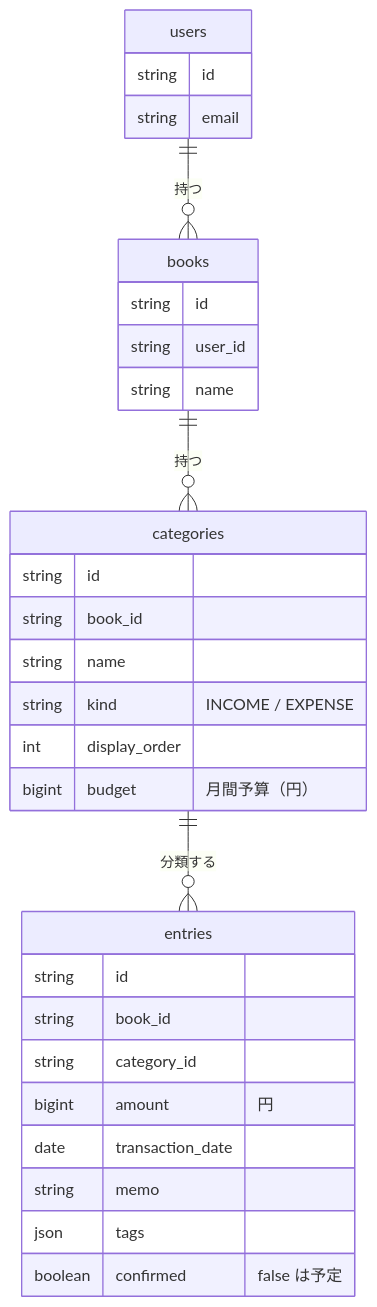
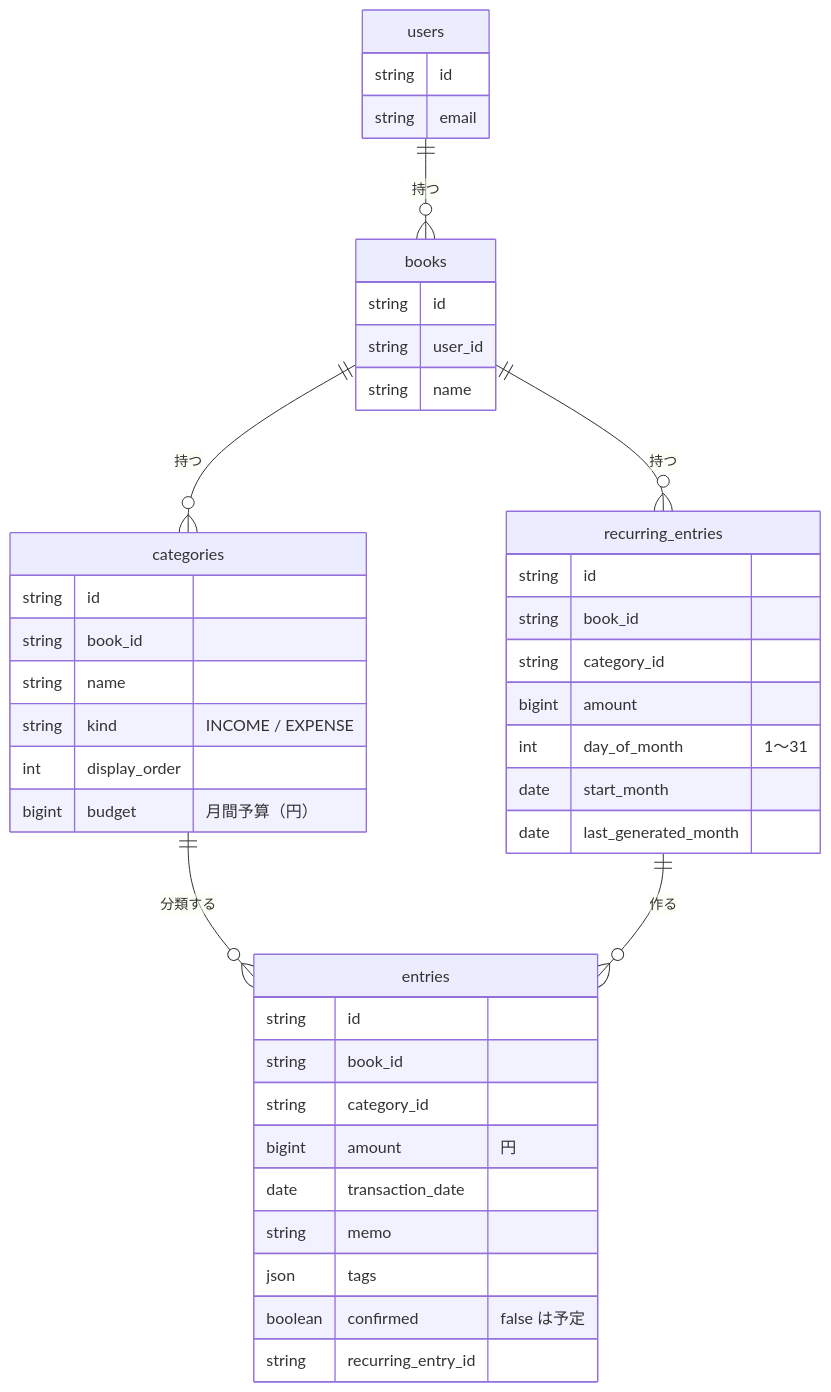
The second of 2 diagrams in README.md (NakamuraKazki051/finance-manager-app), drawn with Mermaid before and after one commit. The commit also changed other lines of this file and 21 other files, not shown here.

````diff
--- a/README.md
+++ b/README.md
@@ -118,10 +125,13 @@
 ```mermaid
 erDiagram
     users ||--o{ books : "持つ"
     books ||--o{ categories : "持つ"
     categories ||--o{ entries : "分類する"
+    books ||--o{ recurring_entries : "持つ"
+    recurring_entries ||--o{ entries : "作る"
     users { string id string email }
     books { string id string user_id string name }
     categories { string id string book_id string name string kind "INCOME / EXPENSE" int display_order bigint budget "月間予算（円）" }
-    entries { string id string book_id string category_id bigint amount "円" date transaction_date string memo json tags boolean confirmed "false は予定" }
+    entries { string id string book_id string category_id bigint amount "円" date transaction_date string memo json tags boolean confirmed "false は予定" string recurring_entry_id }
+    recurring_entries { string id string book_id string category_id bigint amount int day_of_month "1〜31" date start_month date last_generated_month }
 ```
````
